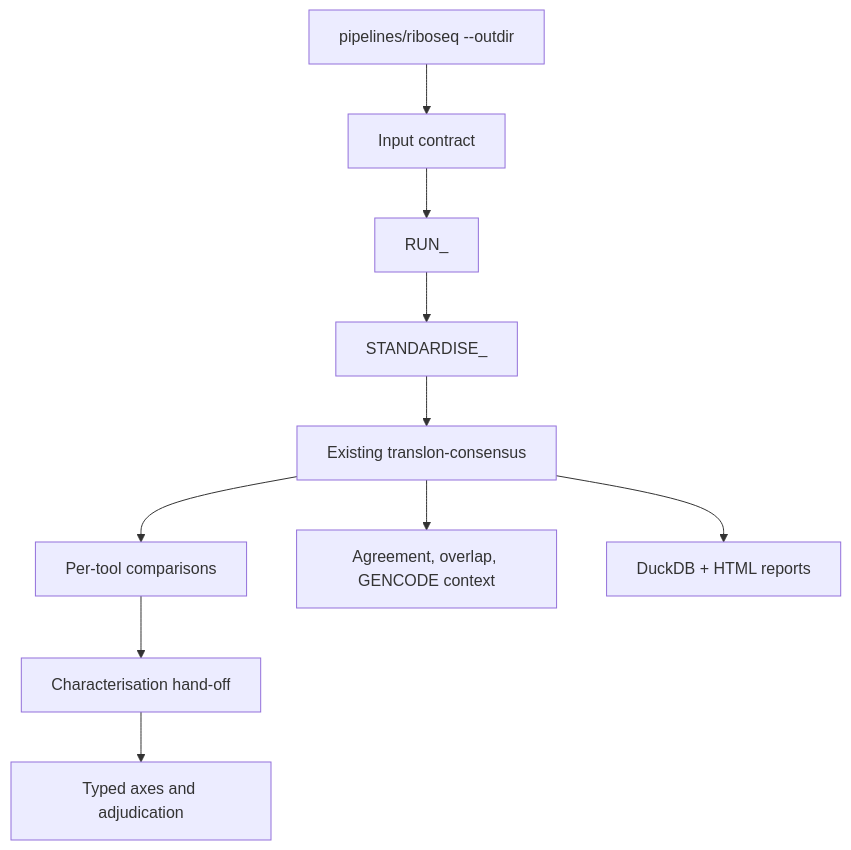
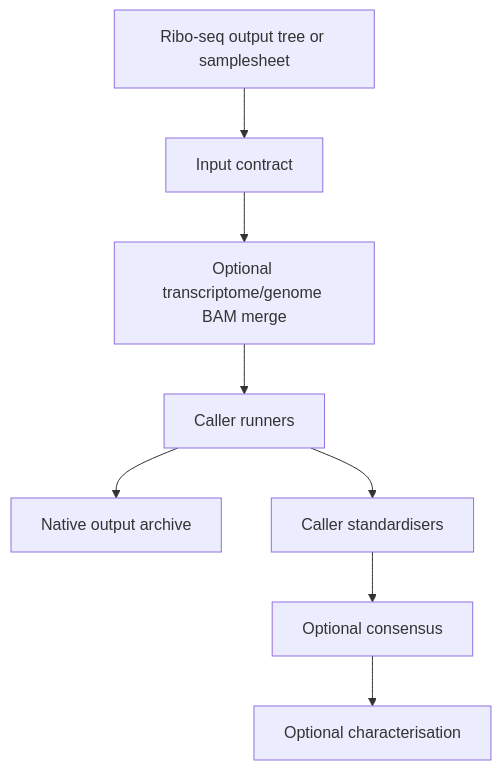
One commit to Ensembl/ensembl-genes-nf changed the diagram in pipelines/translon-analysis/README.md. Above: the diagram before and after it, drawn with Mermaid. The commit also changed other lines of this file and 11 other files, not shown here.

Commit message:
Add merged translon analysis input support

````diff
--- a/pipelines/translon-analysis/README.md
+++ b/pipelines/translon-analysis/README.md
@@ -11,12 +10,10 @@
 ```mermaid
 flowchart TD
-    A["pipelines/riboseq --outdir"] --> B["Input contract"]
-    B --> C["RUN_<TOOL>"]
-    C --> D["STANDARDISE_<TOOL>"]
-    D --> E["Existing translon-consensus"]
-    E --> F["Per-tool comparisons"]
-    E --> G["Agreement, overlap, GENCODE context"]
-    E --> H["DuckDB + HTML reports"]
-    F --> I["Characterisation hand-off"]
-    I --> J["Typed axes and adjudication"]
+    A["Ribo-seq output tree or samplesheet"] --> B["Input contract"]
+    B --> C["Optional transcriptome/genome BAM merge"]
+    C --> D["Caller runners"]
+    D --> E["Native output archive"]
+    D --> F["Caller standardisers"]
+    F --> G["Optional consensus"]
+    G --> H["Optional characterisation"]
 ```
````
